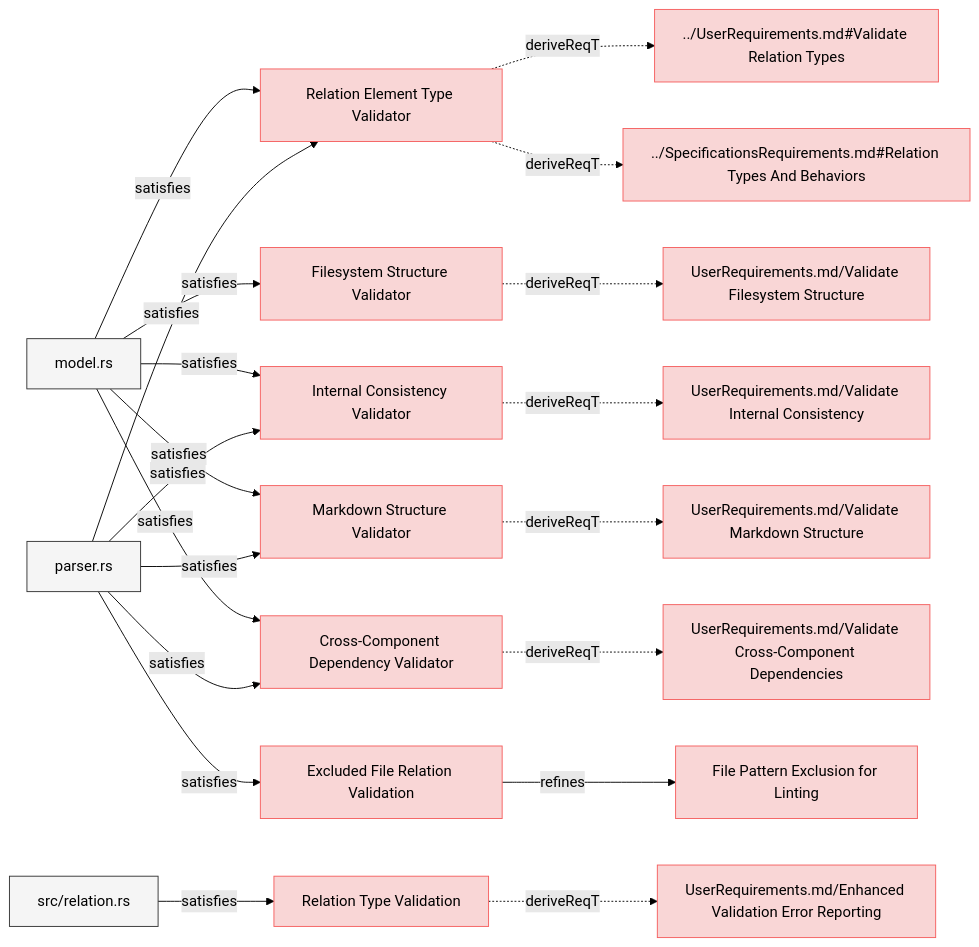
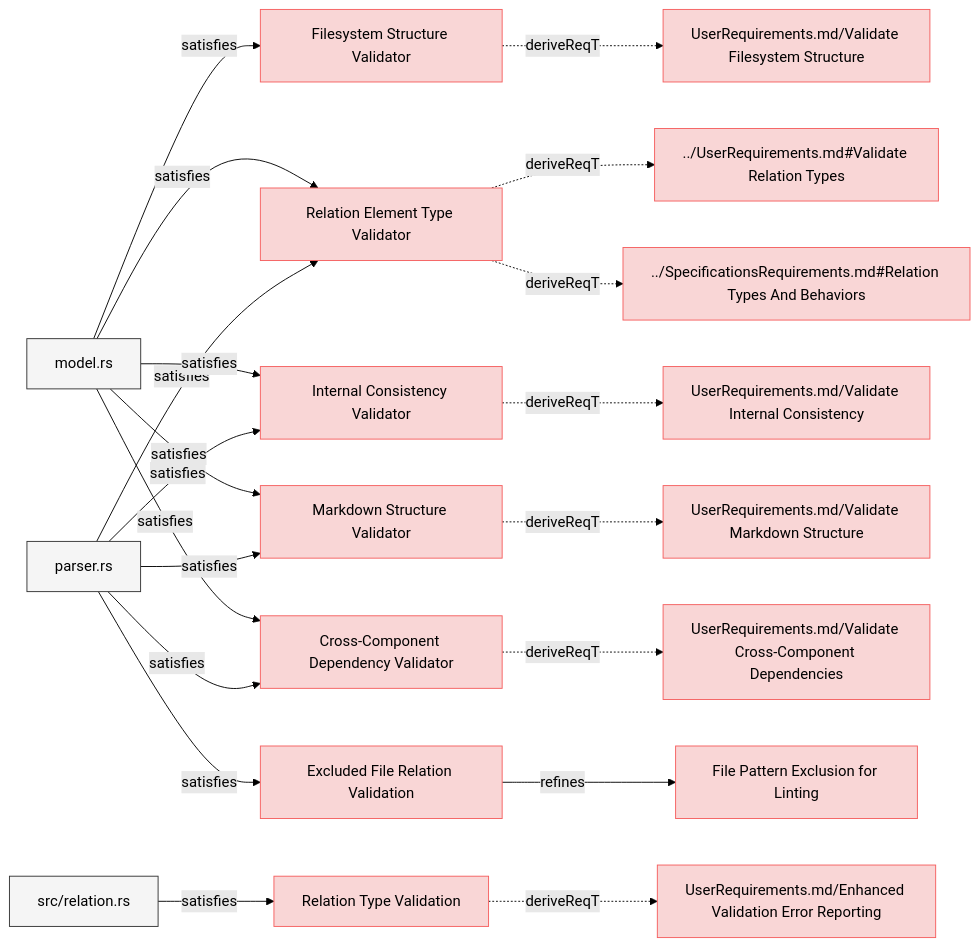
The seventh of 8 diagrams in specifications/SystemRequirements/Requirements.md (reqvire-org/reqvire), drawn with Mermaid (forest theme) before and after one commit. The commit also changed other lines of this file and 15 other files, not shown here.

Commit message:
Linted and new diagrams generated.

````diff
--- a/specifications/SystemRequirements/Requirements.md
+++ b/specifications/SystemRequirements/Requirements.md
@@ -894,82 +894,82 @@
 ```mermaid
 graph LR;
   %% Graph styling
   classDef requirement fill:#f9d6d6,stroke:#f55f5f,stroke-width:1px;
   classDef verification fill:#d6f9d6,stroke:#5fd75f,stroke-width:1px;
   classDef externalLink fill:#d0e0ff,stroke:#3080ff,stroke-width:1px;
   classDef default fill:#f5f5f5,stroke:#333333,stroke-width:1px;
 
+  7b53d332f5da95a["Filesystem Structure Validator"];
+  click 7b53d332f5da95a "https://github.com/Reqvire/reqvire/blob/b8c43d2689b933838bf1838d8a4cdf3393c9014f/specifications/SystemRequirements/Requirements.md#filesystem-structure-validator";
+  class 7b53d332f5da95a requirement;
+  c390b990a63def2a["UserRequirements.md/Validate Filesystem Structure"];
+  class c390b990a63def2a requirement;
+  click c390b990a63def2a "https://github.com/Reqvire/reqvire/blob/b8c43d2689b933838bf1838d8a4cdf3393c9014f/specifications/UserRequirements.md#validate-filesystem-structure";
+  7b53d332f5da95a -.->|deriveReqT| c390b990a63def2a;
+  36fd2b1e82621caf["model.rs"];
+  class 36fd2b1e82621caf default;
+  click 36fd2b1e82621caf "https://github.com/Reqvire/reqvire/blob/b8c43d2689b933838bf1838d8a4cdf3393c9014f/core/src/model.rs";
+  36fd2b1e82621caf -->|satisfies| 7b53d332f5da95a;
   774d12db509b4a55["Relation Element Type Validator"];
-  click 774d12db509b4a55 "https://github.com/Reqvire/reqvire/blob/f18e52f9f88c64f67a79abc4e93eb74b3ec22615/specifications/SystemRequirements/Requirements.md#relation-element-type-validator";
+  click 774d12db509b4a55 "https://github.com/Reqvire/reqvire/blob/b8c43d2689b933838bf1838d8a4cdf3393c9014f/specifications/SystemRequirements/Requirements.md#relation-element-type-validator";
   class 774d12db509b4a55 requirement;
   8a3ca9461643d887["../UserRequirements.md#Validate Relation Types"];
   class 8a3ca9461643d887 requirement;
-  click 8a3ca9461643d887 "https://github.com/Reqvire/reqvire/blob/f18e52f9f88c64f67a79abc4e93eb74b3ec22615/specifications/UserRequirements.md#validate-relation-types";
+  click 8a3ca9461643d887 "https://github.com/Reqvire/reqvire/blob/b8c43d2689b933838bf1838d8a4cdf3393c9014f/specifications/UserRequirements.md#validate-relation-types";
   774d12db509b4a55 -.->|deriveReqT| 8a3ca9461643d887;
   29eb679eef252d12["../SpecificationsRequirements.md#Relation Types And Behaviors"];
   class 29eb679eef252d12 requirement;
-  click 29eb679eef252d12 "https://github.com/Reqvire/reqvire/blob/f18e52f9f88c64f67a79abc4e93eb74b3ec22615/specifications/SpecificationsRequirements.md#relation-types-and-behaviors";
+  click 29eb679eef252d12 "https://github.com/Reqvire/reqvire/blob/b8c43d2689b933838bf1838d8a4cdf3393c9014f/specifications/SpecificationsRequirements.md#relation-types-and-behaviors";
   774d12db509b4a55 -.->|deriveReqT| 29eb679eef252d12;
-  36fd2b1e82621caf["model.rs"];
-  class 36fd2b1e82621caf default;
-  click 36fd2b1e82621caf "https://github.com/Reqvire/reqvire/blob/f18e52f9f88c64f67a79abc4e93eb74b3ec22615/core/src/model.rs";
   36fd2b1e82621caf -->|satisfies| 774d12db509b4a55;
   dfd639447d711d62["parser.rs"];
   class dfd639447d711d62 default;
-  click dfd639447d711d62 "https://github.com/Reqvire/reqvire/blob/f18e52f9f88c64f67a79abc4e93eb74b3ec22615/core/src/parser.rs";
+  click dfd639447d711d62 "https://github.com/Reqvire/reqvire/blob/b8c43d2689b933838bf1838d8a4cdf3393c9014f/core/src/parser.rs";
   dfd639447d711d62 -->|satisfies| 774d12db509b4a55;
-  7b53d332f5da95a["Filesystem Structure Validator"];
-  click 7b53d332f5da95a "https://github.com/Reqvire/reqvire/blob/f18e52f9f88c64f67a79abc4e93eb74b3ec22615/specifications/SystemRequirements/Requirements.md#filesystem-structure-validator";
-  class 7b53d332f5da95a requirement;
-  c390b990a63def2a["UserRequirements.md/Validate Filesystem Structure"];
-  class c390b990a63def2a requirement;
-  click c390b990a63def2a "https://github.com/Reqvire/reqvire/blob/f18e52f9f88c64f67a79abc4e93eb74b3ec22615/specifications/UserRequirements.md#validate-filesystem-structure";
-  7b53d332f5da95a -.->|deriveReqT| c390b990a63def2a;
-  36fd2b1e82621caf -->|satisfies| 7b53d332f5da95a;
+  3871ef72a30780e5["Excluded File Relation Validation"];
+  click 3871ef72a30780e5 "https://github.com/Reqvire/reqvire/blob/b8c43d2689b933838bf1838d8a4cdf3393c9014f/specifications/SystemRequirements/Requirements.md#excluded-file-relation-validation";
+  class 3871ef72a30780e5 requirement;
+  48e8a0b4b18111c4["File Pattern Exclusion for Linting"];
+  class 48e8a0b4b18111c4 requirement;
+  click 48e8a0b4b18111c4 "https://github.com/Reqvire/reqvire/blob/b8c43d2689b933838bf1838d8a4cdf3393c9014f/specifications/SystemRequirements/Requirements.md#file-pattern-exclusion-for-linting";
+  3871ef72a30780e5 -->|refines| 48e8a0b4b18111c4;
+  dfd639447d711d62 -->|satisfies| 3871ef72a30780e5;
   eb3ba1b7474d0e60["Internal Consistency Validator"];
-  click eb3ba1b7474d0e60 "https://github.com/Reqvire/reqvire/blob/f18e52f9f88c64f67a79abc4e93eb74b3ec22615/specifications/SystemRequirements/Requirements.md#internal-consistency-validator";
+  click eb3ba1b7474d0e60 "https://github.com/Reqvire/reqvire/blob/b8c43d2689b933838bf1838d8a4cdf3393c9014f/specifications/SystemRequirements/Requirements.md#internal-consistency-validator";
   class eb3ba1b7474d0e60 requirement;
   f9182ad2999d989c["UserRequirements.md/Validate Internal Consistency"];
   class f9182ad2999d989c requirement;
-  click f9182ad2999d989c "https://github.com/Reqvire/reqvire/blob/f18e52f9f88c64f67a79abc4e93eb74b3ec22615/specifications/UserRequirements.md#validate-internal-consistency";
+  click f9182ad2999d989c "https://github.com/Reqvire/reqvire/blob/b8c43d2689b933838bf1838d8a4cdf3393c9014f/specifications/UserRequirements.md#validate-internal-consistency";
   eb3ba1b7474d0e60 -.->|deriveReqT| f9182ad2999d989c;
   36fd2b1e82621caf -->|satisfies| eb3ba1b7474d0e60;
   dfd639447d711d62 -->|satisfies| eb3ba1b7474d0e60;
-  bff4e3e834a9ffcc["Relation Type Validation"];
-  click bff4e3e834a9ffcc "https://github.com/Reqvire/reqvire/blob/f18e52f9f88c64f67a79abc4e93eb74b3ec22615/specifications/SystemRequirements/Requirements.md#relation-type-validation";
-  class bff4e3e834a9ffcc requirement;
-  3d2fe0b05ff9c8e3["UserRequirements.md/Enhanced Validation Error Reporting"];
-  class 3d2fe0b05ff9c8e3 requirement;
-  click 3d2fe0b05ff9c8e3 "https://github.com/Reqvire/reqvire/blob/f18e52f9f88c64f67a79abc4e93eb74b3ec22615/specifications/UserRequirements.md#enhanced-validation-error-reporting";
-  bff4e3e834a9ffcc -.->|deriveReqT| 3d2fe0b05ff9c8e3;
-  a01a924ab0c27629["src/relation.rs"];
-  class a01a924ab0c27629 default;
-  click a01a924ab0c27629 "https://github.com/Reqvire/reqvire/blob/f18e52f9f88c64f67a79abc4e93eb74b3ec22615/core/src/relation.rs";
-  a01a924ab0c27629 -->|satisfies| bff4e3e834a9ffcc;
-  3871ef72a30780e5["Excluded File Relation Validation"];
-  click 3871ef72a30780e5 "https://github.com/Reqvire/reqvire/blob/f18e52f9f88c64f67a79abc4e93eb74b3ec22615/specifications/SystemRequirements/Requirements.md#excluded-file-relation-validation";
-  class 3871ef72a30780e5 requirement;
-  48e8a0b4b18111c4["File Pattern Exclusion for Linting"];
-  class 48e8a0b4b18111c4 requirement;
-  click 48e8a0b4b18111c4 "https://github.com/Reqvire/reqvire/blob/f18e52f9f88c64f67a79abc4e93eb74b3ec22615/specifications/SystemRequirements/Requirements.md#file-pattern-exclusion-for-linting";
-  3871ef72a30780e5 -->|refines| 48e8a0b4b18111c4;
-  dfd639447d711d62 -->|satisfies| 3871ef72a30780e5;
   d4722c13c32cf9e0["Markdown Structure Validator"];
-  click d4722c13c32cf9e0 "https://github.com/Reqvire/reqvire/blob/f18e52f9f88c64f67a79abc4e93eb74b3ec22615/specifications/SystemRequirements/Requirements.md#markdown-structure-validator";
+  click d4722c13c32cf9e0 "https://github.com/Reqvire/reqvire/blob/b8c43d2689b933838bf1838d8a4cdf3393c9014f/specifications/SystemRequirements/Requirements.md#markdown-structure-validator";
   class d4722c13c32cf9e0 requirement;
   7ec3cb7f400a2e8d["UserRequirements.md/Validate Markdown Structure"];
   class 7ec3cb7f400a2e8d requirement;
-  click 7ec3cb7f400a2e8d "https://github.com/Reqvire/reqvire/blob/f18e52f9f88c64f67a79abc4e93eb74b3ec22615/specifications/UserRequirements.md#validate-markdown-structure";
+  click 7ec3cb7f400a2e8d "https://github.com/Reqvire/reqvire/blob/b8c43d2689b933838bf1838d8a4cdf3393c9014f/specifications/UserRequirements.md#validate-markdown-structure";
   d4722c13c32cf9e0 -.->|deriveReqT| 7ec3cb7f400a2e8d;
   36fd2b1e82621caf -->|satisfies| d4722c13c32cf9e0;
   dfd639447d711d62 -->|satisfies| d4722c13c32cf9e0;
   df781ba215f4d187["Cross-Component Dependency Validator"];
-  click df781ba215f4d187 "https://github.com/Reqvire/reqvire/blob/f18e52f9f88c64f67a79abc4e93eb74b3ec22615/specifications/SystemRequirements/Requirements.md#cross-component-dependency-validator";
+  click df781ba215f4d187 "https://github.com/Reqvire/reqvire/blob/b8c43d2689b933838bf1838d8a4cdf3393c9014f/specifications/SystemRequirements/Requirements.md#cross-component-dependency-validator";
   class df781ba215f4d187 requirement;
   ee05a46627b568b7["UserRequirements.md/Validate Cross-Component Dependencies"];
   class ee05a46627b568b7 requirement;
-  click ee05a46627b568b7 "https://github.com/Reqvire/reqvire/blob/f18e52f9f88c64f67a79abc4e93eb74b3ec22615/specifications/UserRequirements.md#validate-cross-component-dependencies";
+  click ee05a46627b568b7 "https://github.com/Reqvire/reqvire/blob/b8c43d2689b933838bf1838d8a4cdf3393c9014f/specifications/UserRequirements.md#validate-cross-component-dependencies";
   df781ba215f4d187 -.->|deriveReqT| ee05a46627b568b7;
   36fd2b1e82621caf -->|satisfies| df781ba215f4d187;
   dfd639447d711d62 -->|satisfies| df781ba215f4d187;
+  bff4e3e834a9ffcc["Relation Type Validation"];
+  click bff4e3e834a9ffcc "https://github.com/Reqvire/reqvire/blob/b8c43d2689b933838bf1838d8a4cdf3393c9014f/specifications/SystemRequirements/Requirements.md#relation-type-validation";
+  class bff4e3e834a9ffcc requirement;
+  3d2fe0b05ff9c8e3["UserRequirements.md/Enhanced Validation Error Reporting"];
+  class 3d2fe0b05ff9c8e3 requirement;
+  click 3d2fe0b05ff9c8e3 "https://github.com/Reqvire/reqvire/blob/b8c43d2689b933838bf1838d8a4cdf3393c9014f/specifications/UserRequirements.md#enhanced-validation-error-reporting";
+  bff4e3e834a9ffcc -.->|deriveReqT| 3d2fe0b05ff9c8e3;
+  a01a924ab0c27629["src/relation.rs"];
+  class a01a924ab0c27629 default;
+  click a01a924ab0c27629 "https://github.com/Reqvire/reqvire/blob/b8c43d2689b933838bf1838d8a4cdf3393c9014f/core/src/relation.rs";
+  a01a924ab0c27629 -->|satisfies| bff4e3e834a9ffcc;
 ```
````
